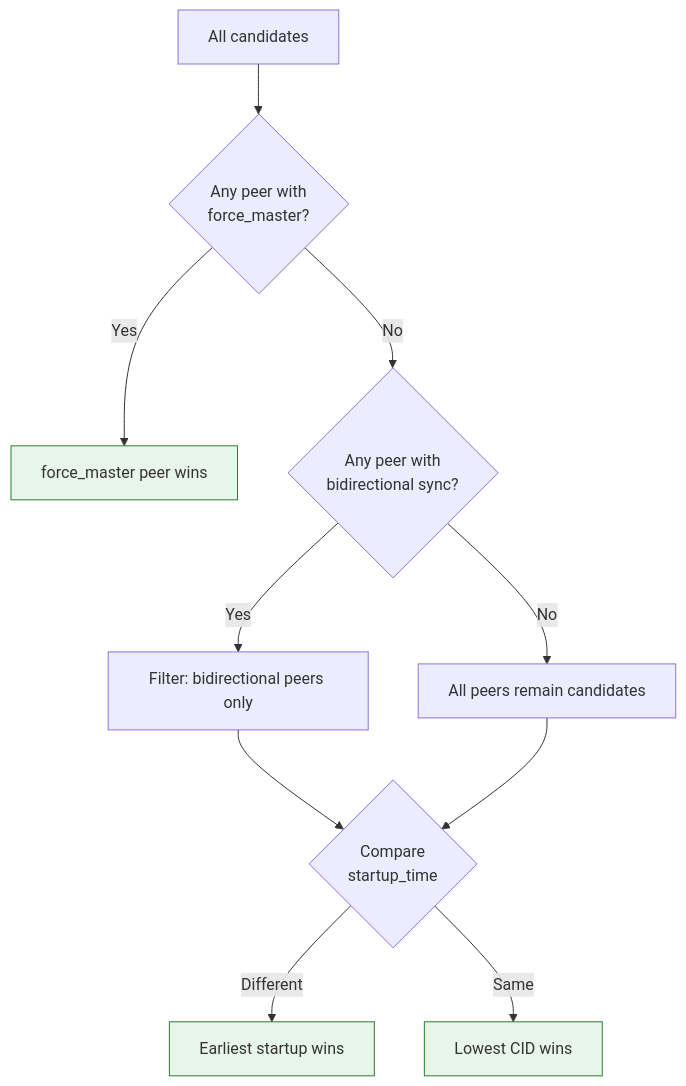
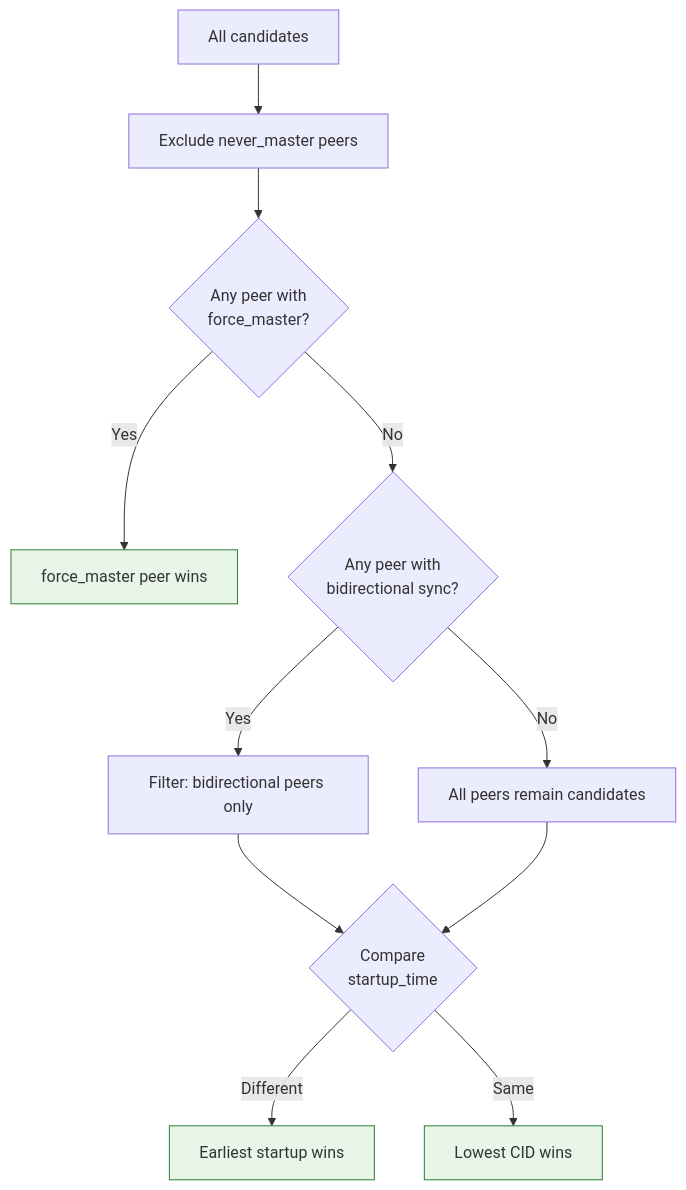
Before and after one commit to albertsdk/hsync-client: the sixth of 8 diagrams in docs/lan-mode.md, drawn with Mermaid. The commit also changed other lines of this file and 23 other files, not shown here.

Commit message:
feat(lan): add --never-master passive mode (CLI, config, election, mDNS, NO_MASTER warning, wd-os5 web UI, docs)

````diff
--- a/docs/lan-mode.md
+++ b/docs/lan-mode.md
@@ -477,16 +486,17 @@
 ```mermaid
 flowchart TD
-    START["All candidates"] --> FM{"Any peer with<br/>force_master?"}
+    START["All candidates"] --> NM["Exclude never_master peers"]
+    NM --> FM{"Any peer with<br/>force_master?"}
     FM -->|"Yes"| FM_WIN["force_master peer wins"]
     FM -->|"No"| BIDIR{"Any peer with<br/>bidirectional sync?"}
     BIDIR -->|"Yes"| BIDIR_POOL["Filter: bidirectional peers only"]
     BIDIR -->|"No"| ALL_POOL["All peers remain candidates"]
     BIDIR_POOL --> STARTUP{"Compare<br/>startup_time"}
     ALL_POOL --> STARTUP
     STARTUP -->|"Different"| EARLIEST["Earliest startup wins"]
     STARTUP -->|"Same"| CID["Lowest CID wins"]
 
     style FM_WIN fill:#e8f5e9,stroke:#2e7d32
     style EARLIEST fill:#e8f5e9,stroke:#2e7d32
     style CID fill:#e8f5e9,stroke:#2e7d32
 ```
````
